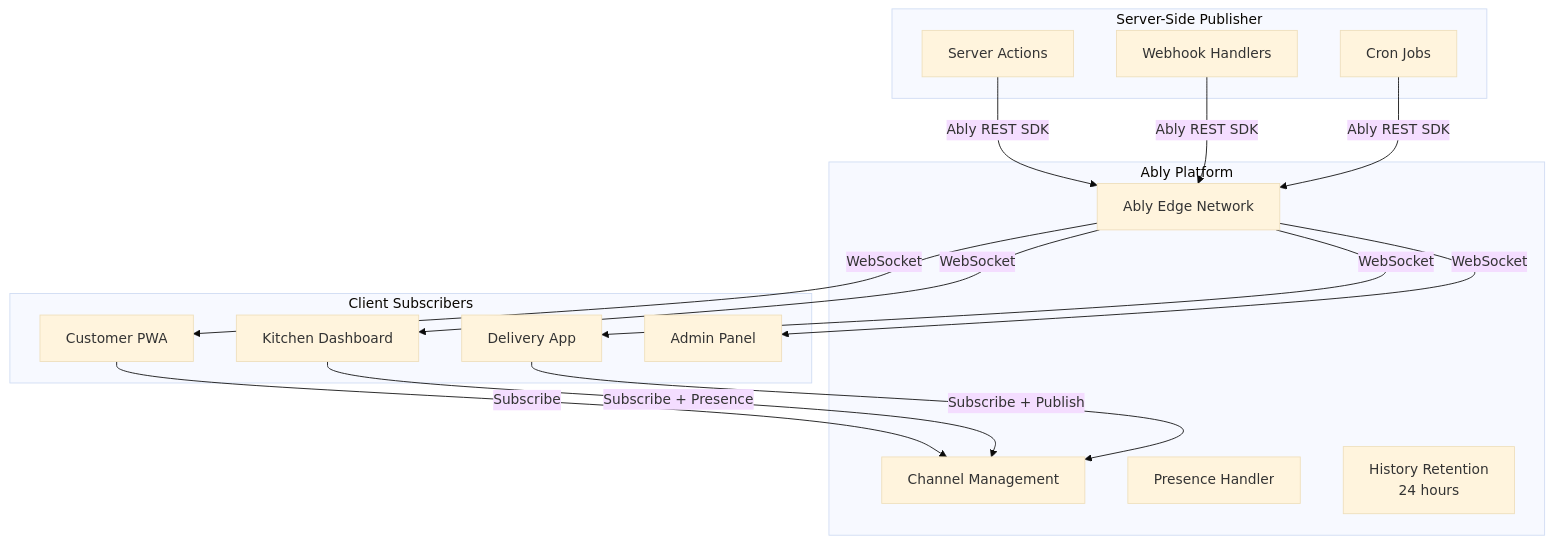
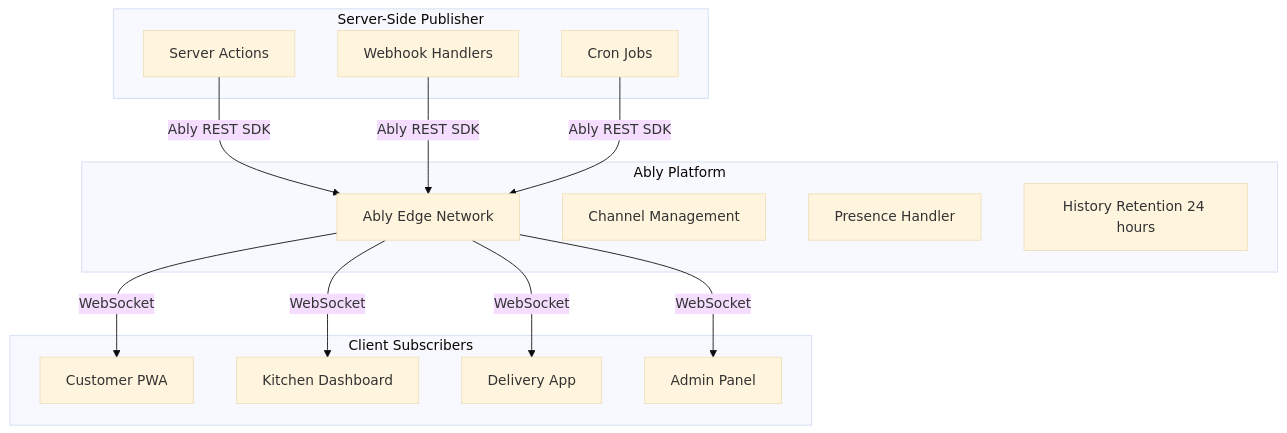
The first of 3 diagrams in docs/09-real-time-system.md (dharshan47/rrckitchen), drawn with Mermaid (base theme) before and after one commit. The commit also changed other lines of this file and 273 other files, not shown here.

````diff
--- a/docs/09-real-time-system.md
+++ b/docs/09-real-time-system.md
@@ -11,35 +11,32 @@
 ```mermaid
-graph TB
+%%{init: {'flowchart': {'curve': 'basis', 'useMaxWidth': true}}}%%
+flowchart TB
     subgraph "Ably Platform"
         A["Ably Edge Network"]
         CM["Channel Management"]
         PH["Presence Handler"]
-        HR["History Retention<br/>24 hours"]
+        HR["History Retention 24 hours"]
     end
 
     subgraph "Server-Side Publisher"
         SA["Server Actions"]
         WB["Webhook Handlers"]
         CR["Cron Jobs"]
     end
 
     subgraph "Client Subscribers"
         CP["Customer PWA"]
         KP["Kitchen Dashboard"]
         DP["Delivery App"]
         AP["Admin Panel"]
     end
 
     SA -->|"Ably REST SDK"| A
     WB -->|"Ably REST SDK"| A
     CR -->|"Ably REST SDK"| A
 
     A -->|"WebSocket"| CP
     A -->|"WebSocket"| KP
     A -->|"WebSocket"| DP
     A -->|"WebSocket"| AP
-
-    CP -->|"Subscribe"| CM
-    KP -->|"Subscribe + Presence"| CM
-    DP -->|"Subscribe + Publish"| CM
 ```
````
